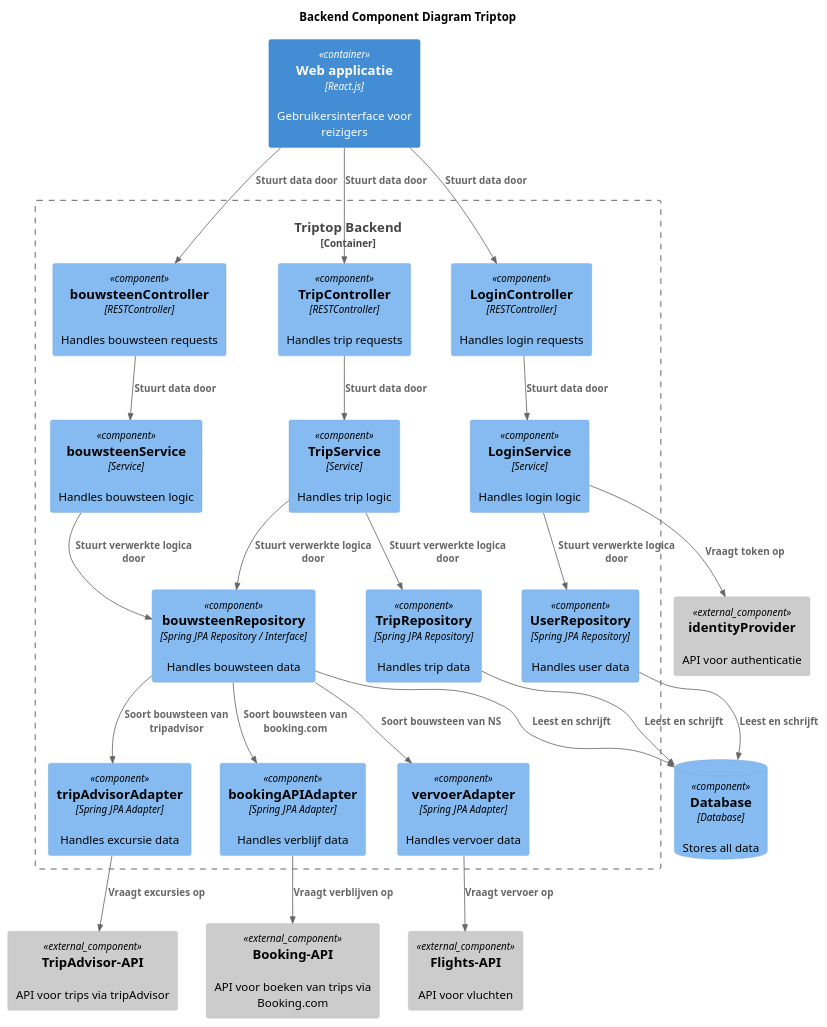
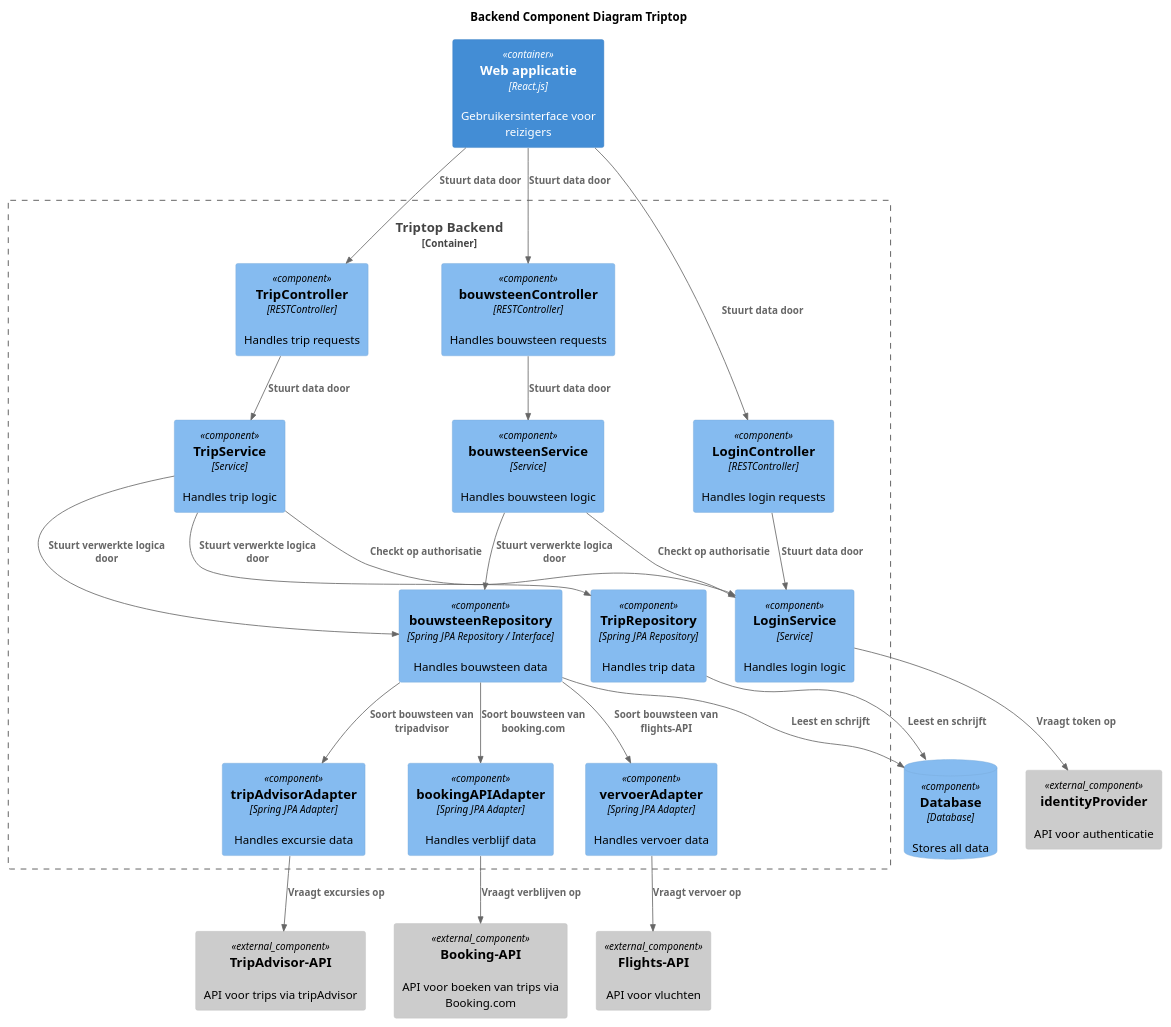
The diagram in Week2/Les 3/Chris/component-Diagram.puml (AIM-ENE-feb25/triptop-inshallahboys), drawn with PlantUML before and after one commit.

Commit message:
Update API

```diff
--- a/Week2/Les 3/Chris/component-Diagram.puml
+++ b/Week2/Les 3/Chris/component-Diagram.puml
@@ -1,72 +1,71 @@
 @startuml
 !include https://raw.githubusercontent.com/plantuml-stdlib/C4-PlantUML/master/C4_Component.puml
 
 title Backend Component Diagram Triptop
 
 Container_Boundary(backend, "Triptop Backend") {
 
     ' Inloggen van reizigers
     Component(loginController, "LoginController", "RESTController", "Handles login requests")
     Component(loginService, "LoginService", "Service", "Handles login logic")
-    Component(userRepository, "UserRepository", "Spring JPA Repository", "Handles user data")
 
 
 
     ' Alle bouwstenen bij elkaar
     Component(tripController, "TripController", "RESTController", "Handles trip requests")
     Component(tripService, "TripService", "Service", "Handles trip logic")
     Component(tripRepository, "TripRepository", "Spring JPA Repository", "Handles trip data")
 
 
     ' 1 enkele bouwsteen
     Component(bouwsteenController, "bouwsteenController", "RESTController", "Handles bouwsteen requests")
     Component(bouwsteenService, "bouwsteenService", "Service", "Handles bouwsteen logic")
     Component(bouwsteenRepository, "bouwsteenRepository", "Spring JPA Repository / Interface", "Handles bouwsteen data")
     Component(tripAdvisorAdapter, "tripAdvisorAdapter", "Spring JPA Adapter", "Handles excursie data")
     Component(bookingAPIAdapter, "bookingAPIAdapter", "Spring JPA Adapter", "Handles verblijf data")
     Component(vervoerAdapter, "vervoerAdapter", "Spring JPA Adapter", "Handles vervoer data")
 
 
 }
 
 ' Webapplicatie
 Container(webApp, "Web applicatie", "React.js", "Gebruikersinterface voor reizigers")
 
 ' External systemen (API's) en Database
 ComponentDb(DB, "Database", "Database", "Stores all data")
 Component_Ext(identityProvider, "identityProvider", "", "API voor authenticatie")
 Component_Ext(bookingAPI, "Booking-API", "", "API voor boeken van trips via Booking.com")
 Component_Ext(tripAdvisor, "TripAdvisor-API", "", "API voor trips via tripAdvisor")
 Component_Ext(flightsAPI, "Flights-API", "", "API voor vluchten")
 
 
 Rel(webApp, bouwsteenController, "Stuurt data door")
 Rel(webApp, tripController, "Stuurt data door")
 Rel(webApp, loginController, "Stuurt data door")
 
 Rel(loginController, loginService, "Stuurt data door")
-Rel(loginService, userRepository, "Stuurt verwerkte logica door")
 Rel(loginService, identityProvider, "Vraagt token op")
 
 Rel(tripController, tripService, "Stuurt data door")
 Rel(tripService, bouwsteenRepository, "Stuurt verwerkte logica door")
 Rel(tripService, tripRepository, "Stuurt verwerkte logica door")
+Rel(tripService, loginService, "Checkt op authorisatie")
 
 Rel(bouwsteenController, bouwsteenService, "Stuurt data door")
 Rel(bouwsteenService, bouwsteenRepository, "Stuurt verwerkte logica door")
+Rel(bouwsteenService, loginService, "Checkt op authorisatie")
 
 Rel(bouwsteenRepository, tripAdvisorAdapter, "Soort bouwsteen van tripadvisor")
 Rel(bouwsteenRepository, bookingAPIAdapter, "Soort bouwsteen van booking.com")
-Rel(bouwsteenRepository, vervoerAdapter, "Soort bouwsteen van NS")
+Rel(bouwsteenRepository, vervoerAdapter, "Soort bouwsteen van flights-API")
 
 Rel(tripRepository, DB, "Leest en schrijft")
-Rel(userRepository, DB, "Leest en schrijft")
 Rel(bouwsteenRepository, DB, "Leest en schrijft")
 
 Rel(tripAdvisorAdapter, tripAdvisor, "Vraagt excursies op")
 Rel(bookingAPIAdapter, bookingAPI, "Vraagt verblijven op")
 Rel(vervoerAdapter, flightsAPI, "Vraagt vervoer op")
 
 
 
 @enduml
```
